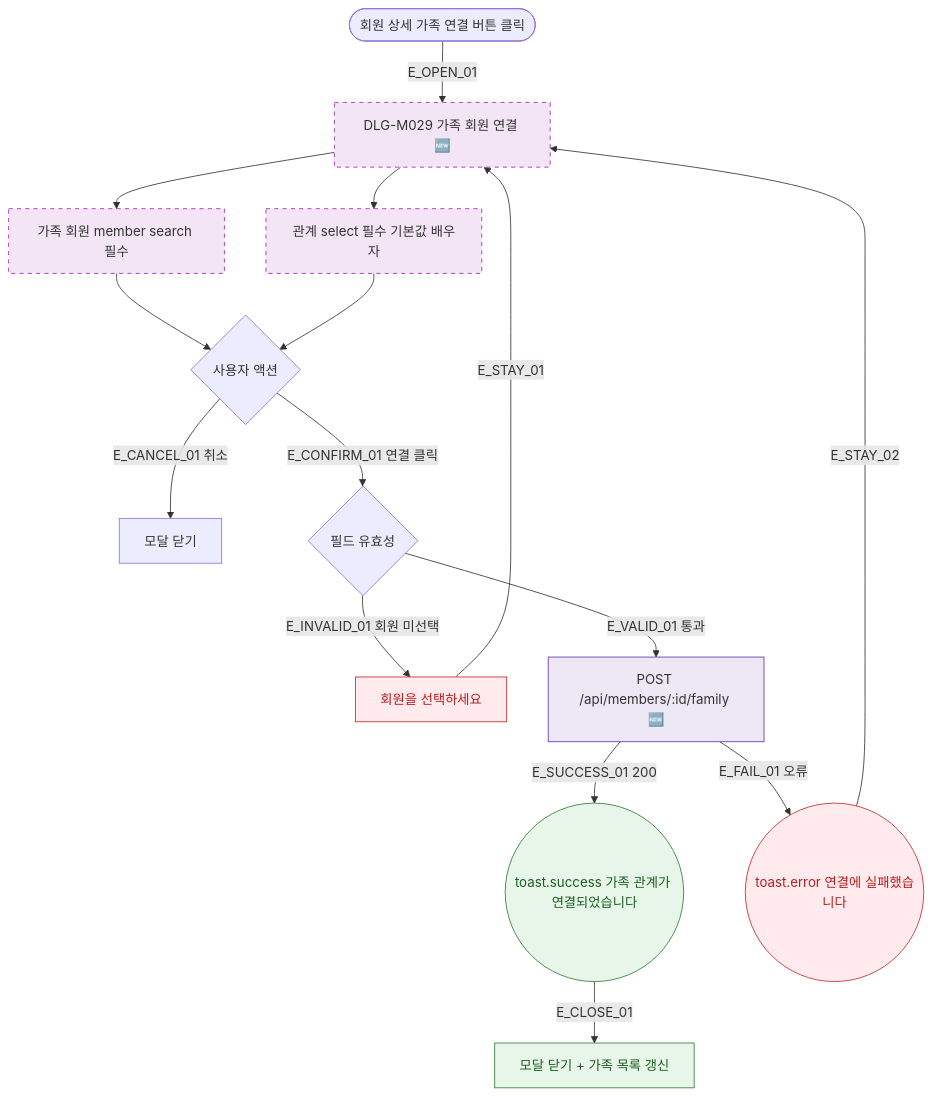
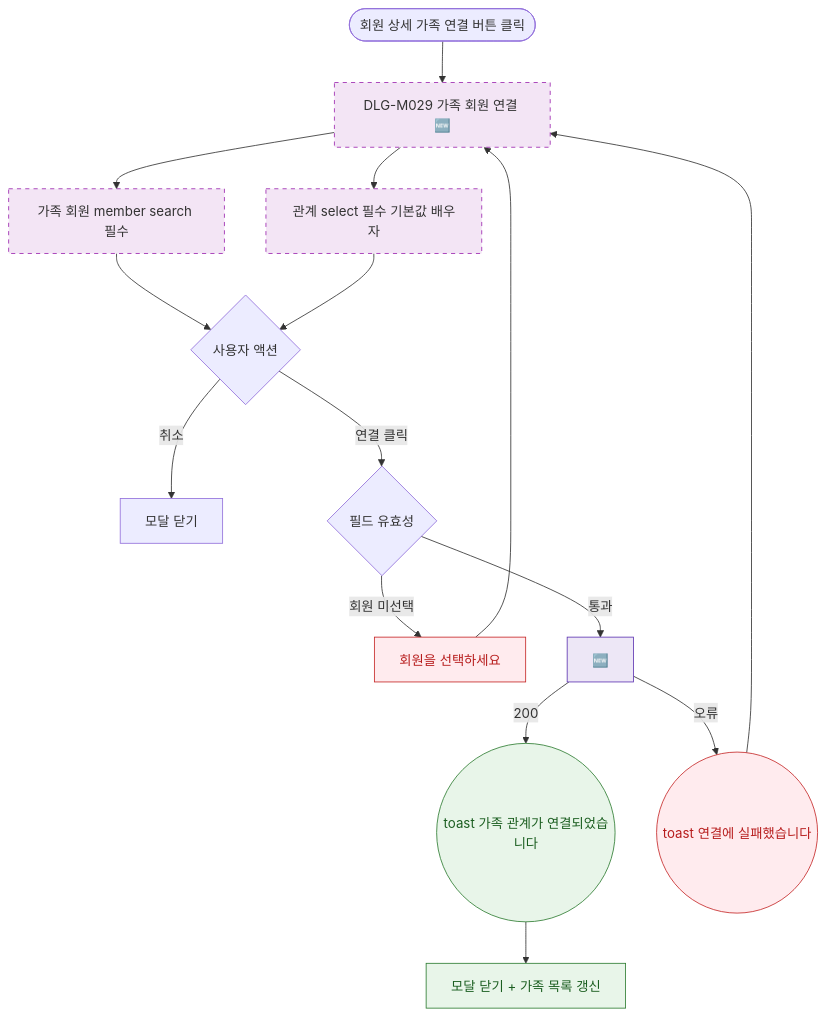
One commit to dev-spogym/admin-pando changed the diagram in docs/다이어그램/D02_회원관리/DLG/DLG-M029_가족연결/M1_생명주기.md. Above: the diagram before and after it, drawn with Mermaid. The commit also changed other lines of this file and 1660 other files, not shown here.

First line of the commit message:
다이어그램: 기획자/클라이언트 납품본으로 정리

````diff
--- a/docs/다이어그램/D02_회원관리/DLG/DLG-M029_가족연결/M1_생명주기.md
+++ b/docs/다이어그램/D02_회원관리/DLG/DLG-M029_가족연결/M1_생명주기.md
@@ -22,35 +20,35 @@
 ```mermaid
 flowchart TD
   TRIGGER([회원 상세 가족 연결 버튼 클릭])
 
-  TRIGGER -->|E_OPEN_01| DLG_OPEN[DLG-M029 가족 회원 연결 🆕]
+  TRIGGER --> DLG_OPEN[DLG-M029 가족 회원 연결 🆕]
   DLG_OPEN --> FLD_MEMBER[가족 회원 member search 필수]
   DLG_OPEN --> FLD_REL[관계 select 필수 기본값 배우자]
 
   FLD_MEMBER --> USER_ACT{사용자 액션}
-  FLD_REL    --> USER_ACT
+  FLD_REL --> USER_ACT
 
-  USER_ACT -->|E_CANCEL_01 취소| CLOSE[모달 닫기]
-  USER_ACT -->|E_CONFIRM_01 연결 클릭| VALID{필드 유효성}
+  USER_ACT -->|취소|CLOSE[모달 닫기]
+  USER_ACT -->|연결 클릭|VALID{필드 유효성}
 
-  VALID -->|E_INVALID_01 회원 미선택| ERR_MEMBER[회원을 선택하세요]
-  ERR_MEMBER -->|E_STAY_01| DLG_OPEN
+  VALID -->|회원 미선택|ERR_MEMBER[회원을 선택하세요]
+  ERR_MEMBER --> DLG_OPEN
 
-  VALID -->|E_VALID_01 통과| API_CALL[POST /api/members/:id/family 🆕]
+  VALID -->|통과|API_CALL[🆕]
 
-  API_CALL -->|E_SUCCESS_01 200| TOAST_OK((toast.success 가족 관계가 연결되었습니다))
-  TOAST_OK  -->|E_CLOSE_01| CLOSE_OK[모달 닫기 + 가족 목록 갱신]
+  API_CALL -->|200|TOAST_OK((toast 가족 관계가 연결되었습니다))
+  TOAST_OK --> CLOSE_OK[모달 닫기 + 가족 목록 갱신]
 
-  API_CALL -->|E_FAIL_01 오류| TOAST_ERR((toast.error 연결에 실패했습니다))
-  TOAST_ERR -->|E_STAY_02| DLG_OPEN
+  API_CALL -->|오류|TOAST_ERR((toast 연결에 실패했습니다))
+  TOAST_ERR --> DLG_OPEN
 
   classDef newFeature fill:#F3E5F5,stroke:#9C27B0,stroke-dasharray:5 5
-  classDef success    fill:#E8F5E9,stroke:#2E7D32,color:#1B5E20
-  classDef error      fill:#FFEBEE,stroke:#C62828,color:#B71C1C
-  classDef system     fill:#EDE7F6,stroke:#5E35B2
+  classDef success fill:#E8F5E9,stroke:#2E7D32,color:#1B5E20
+  classDef error fill:#FFEBEE,stroke:#C62828,color:#B71C1C
+  classDef system fill:#EDE7F6,stroke:#5E35B2
 
   class DLG_OPEN,FLD_MEMBER,FLD_REL newFeature
   class TOAST_OK,CLOSE_OK success
   class TOAST_ERR,ERR_MEMBER error
   class API_CALL system
 ```
````
